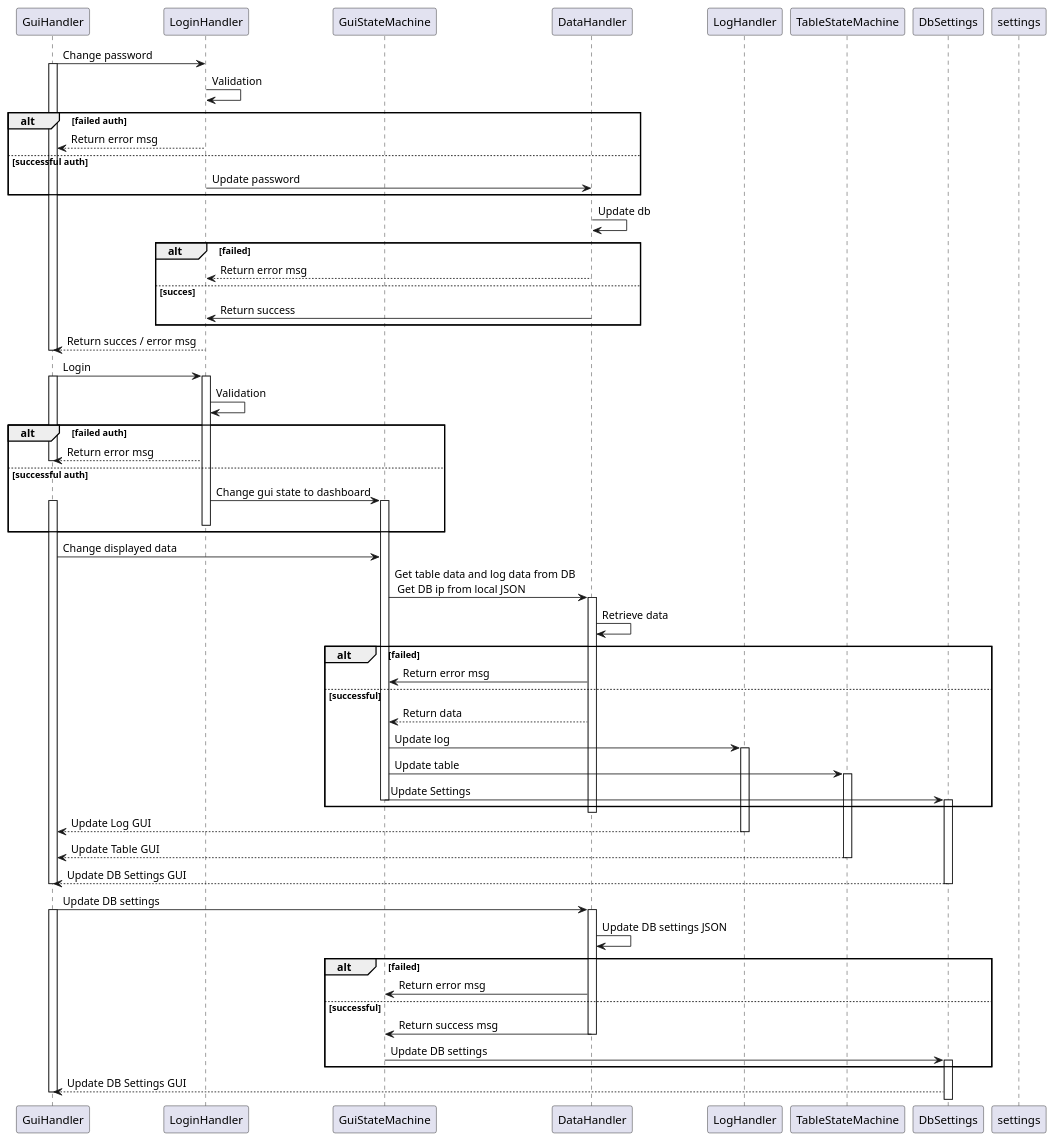
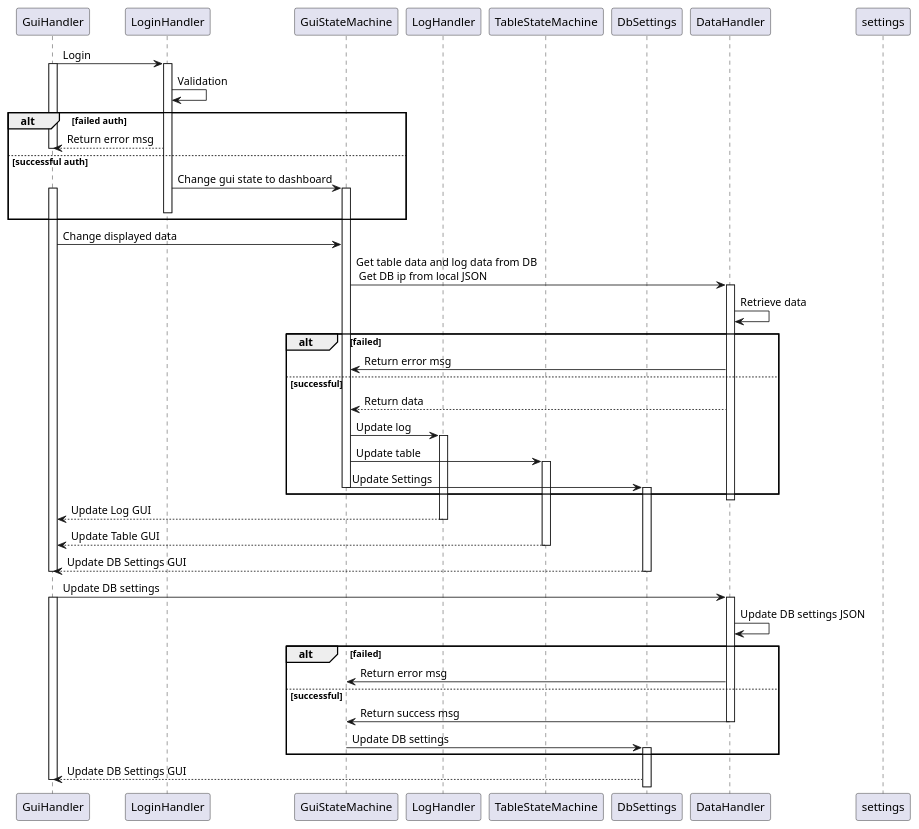
The diagram in dokumentation/diagrammer/(Admin) Sequence.puml (nick6480/Eksamensprojekt-2024), drawn with PlantUML before and after one commit.

Commit message:
updated admin sequence

```diff
--- a/dokumentation/diagrammer/(Admin) Sequence.puml
+++ b/dokumentation/diagrammer/(Admin) Sequence.puml
@@ -1,110 +1,90 @@
-@startuml
+@startuml Admin Sequence
 
 ' Define participants
 participant GuiHandler as Gui
 participant LoginHandler as Login
 participant GuiStateMachine as GuiState
-participant DataHandler as Data
+
 participant LogHandler as Log
 participant TableStateMachine as Table
 participant DbSettings as Settings
+participant DataHandler as Data
 
 ' Define interactions and conditions
-Gui -> Login : Change password
-activate Gui
-Login -> Login : Validation
-alt failed auth
-    Login --> Gui : Return error msg
 
-else successful auth
-    Login -> Data : Update password
-
-end
-Data -> Data : Update db
-alt failed
-    Data --> Login : Return error msg
-
-else succes
-    Data -> Login : Return success
-
-end
-Login --> Gui : Return succes / error msg
-deactivate Gui
 
 Gui -> Login : Login
 activate Gui
 activate Login
 Login -> Login : Validation
 
 alt failed auth
     Login --> Gui : Return error msg
     deactivate Gui
 else successful auth
     Login -> GuiState : Change gui state to dashboard
     activate GuiState
     activate Gui
     deactivate Login
 end
 
 
 
 Gui -> GuiState : Change displayed data
 
 GuiState -> Data : Get table data and log data from DB \n Get DB ip from local JSON
 activate Data
 
 Data -> Data : Retrieve data
 alt failed
     Data -> GuiState : Return error msg
 
 else successful
     
 
     Data --> GuiState : Return data
     GuiState -> Log : Update log
     activate Log
 
     GuiState -> Table : Update table
     activate Table
 
     GuiState -> Settings : Update Settings
     deactivate GuiState
     activate Settings
 end
 deactivate Data
 
 
 Log --> Gui : Update Log GUI
 deactivate Log
 
 
 Table --> Gui : Update Table GUI
 deactivate Table
 
 
 
-
-
 Settings --> Gui : Update DB Settings GUI
 deactivate Settings
 deactivate Gui
 
 Gui -> Data : Update DB settings
 activate Gui
 activate Data
 
 Data -> Data: Update DB settings JSON
 
 alt failed
     Data -> GuiState : Return error msg
     
 else successful
     Data -> GuiState : Return success msg
     deactivate Data
     GuiState -> Settings : Update DB settings
     activate Settings
 end
 Settings --> Gui : Update DB Settings GUI
 deactivate settings
 deactivate Gui
 @enduml
```
